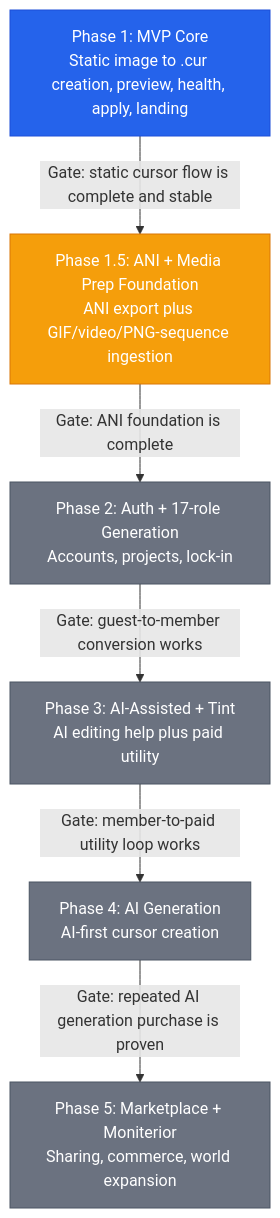
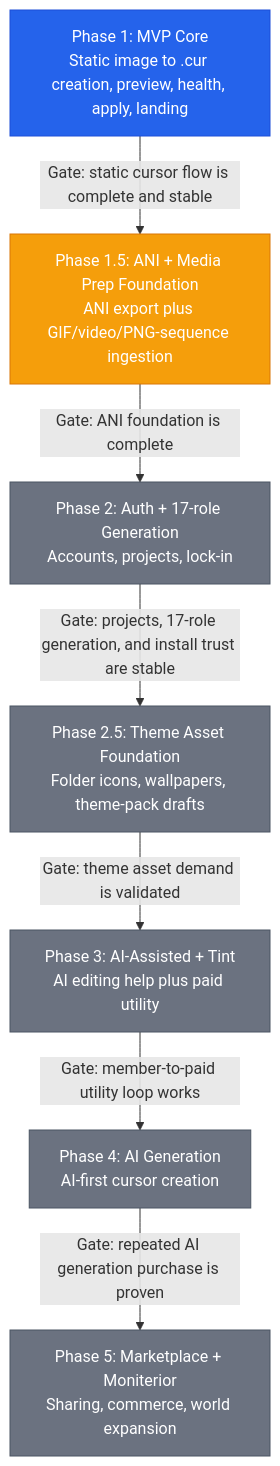
One commit to ming2tofu33/pointint changed the diagram in point/06-Implementation/Phase-Flow.md. Above: the diagram before and after it, drawn with Mermaid. The commit also changed other lines of this file and 18 other files, not shown here.

````diff
--- a/point/06-Implementation/Phase-Flow.md
+++ b/point/06-Implementation/Phase-Flow.md
@@ -39,22 +40,25 @@
 ```mermaid
 graph TD
     P1["Phase 1: MVP Core<br/>Static image to .cur creation, preview, health, apply, landing"]
     P15["Phase 1.5: ANI + Media Prep Foundation<br/>ANI export plus GIF/video/PNG-sequence ingestion"]
     P2["Phase 2: Auth + 17-role Generation<br/>Accounts, projects, lock-in"]
+    P25["Phase 2.5: Theme Asset Foundation<br/>Folder icons, wallpapers, theme-pack drafts"]
     P3["Phase 3: AI-Assisted + Tint<br/>AI editing help plus paid utility"]
     P4["Phase 4: AI Generation<br/>AI-first cursor creation"]
     P5["Phase 5: Marketplace + Moniterior<br/>Sharing, commerce, world expansion"]
 
     P1 -->|"Gate: static cursor flow is complete and stable"| P15
     P15 -->|"Gate: ANI foundation is complete"| P2
-    P2 -->|"Gate: guest-to-member conversion works"| P3
+    P2 -->|"Gate: projects, 17-role generation, and install trust are stable"| P25
+    P25 -->|"Gate: theme asset demand is validated"| P3
     P3 -->|"Gate: member-to-paid utility loop works"| P4
     P4 -->|"Gate: repeated AI generation purchase is proven"| P5
 
     style P1 fill:#2563eb,stroke:#1d4ed8,color:#fff
     style P15 fill:#f59e0b,stroke:#d97706,color:#fff
     style P2 fill:#6b7280,stroke:#4b5563,color:#fff
+    style P25 fill:#6b7280,stroke:#4b5563,color:#fff
     style P3 fill:#6b7280,stroke:#4b5563,color:#fff
     style P4 fill:#6b7280,stroke:#4b5563,color:#fff
     style P5 fill:#6b7280,stroke:#4b5563,color:#fff
 ```
````
